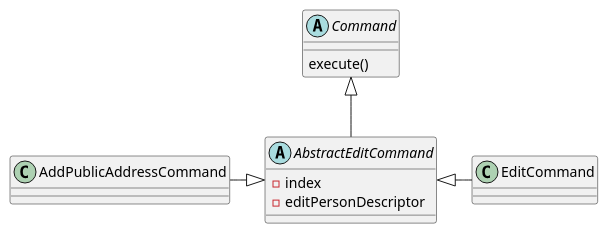
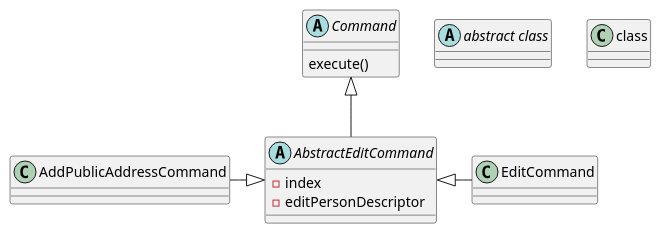
One commit to chongtzezhao/tp changed the diagram in diagrams/AbstractEditCommandClassDiagram.puml. Above: the diagram before and after it, drawn with PlantUML. The commit also changed 24 other files, not shown here.

```diff
--- a/diagrams/AbstractEditCommandClassDiagram.puml
+++ b/diagrams/AbstractEditCommandClassDiagram.puml
@@ -1,17 +1,19 @@
 @startuml
 'https://plantuml.com/class-diagram
 
 abstract Command {
     execute()
 }
 abstract AbstractEditCommand {
     -index
     -editPersonDescriptor
 }
 class EditCommand
 class AddPublicAddressCommand
 Command <|-- AbstractEditCommand
 AbstractEditCommand <|- EditCommand
 AddPublicAddressCommand -|> AbstractEditCommand
+abstract "abstract class"
+class "class"
 
 @enduml
```
